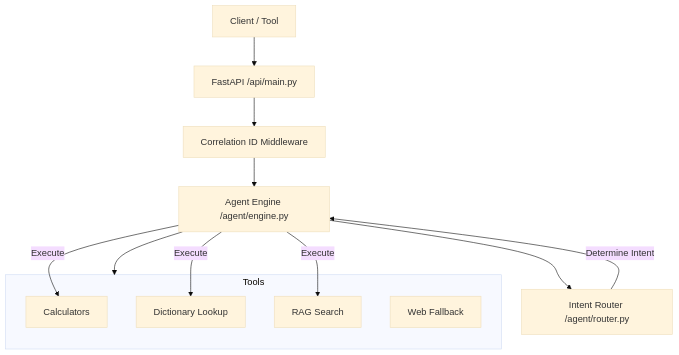
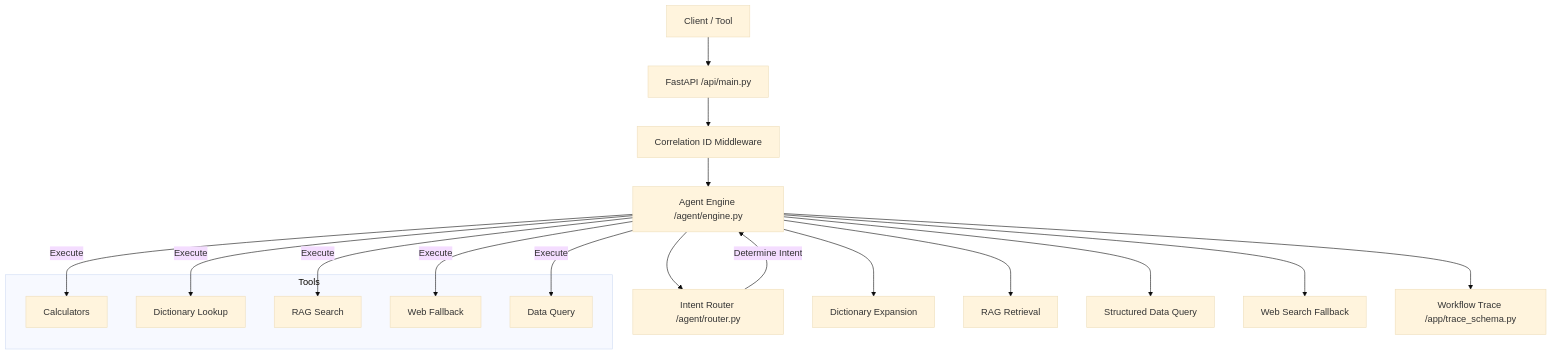
The diagram in scm-agent-ai-example/ARCHITECTURE.md (eurysohn/Portfolio-), drawn with Mermaid (base theme) before and after one commit. The commit also changed other lines of this file and 33 other files, not shown here.

First line of the commit message:
feat: implement real RAG workflow and eval tooling

````diff
--- a/scm-agent-ai-example/ARCHITECTURE.md
+++ b/scm-agent-ai-example/ARCHITECTURE.md
@@ -6,20 +6,27 @@
 ```mermaid
 graph TD
     Client[Client / Tool] --> API[FastAPI /api/main.py]
     API --> Middleware[Correlation ID Middleware]
     Middleware --> AgentEngine[Agent Engine /agent/engine.py]
     AgentEngine --> Router[Intent Router /agent/router.py]
-    AgentEngine --> Tools[Tools Directory /tools/]
+    AgentEngine --> Dictionary[Dictionary Expansion]
+    AgentEngine --> RAG[RAG Retrieval]
+    AgentEngine --> DataQuery[Structured Data Query]
+    AgentEngine --> WebFallback[Web Search Fallback]
+    AgentEngine --> Trace[Workflow Trace /app/trace_schema.py]
     
     subgraph Tools
         CALC[Calculators]
         DICT[Dictionary Lookup]
-        RAG[RAG Search]
+        RAGSEARCH[RAG Search]
         WEB[Web Fallback]
+        DATA[Data Query]
     end
     
     Router --> |Determine Intent| AgentEngine
     AgentEngine --> |Execute| CALC
     AgentEngine --> |Execute| DICT
-    AgentEngine --> |Execute| RAG
+    AgentEngine --> |Execute| RAGSEARCH
+    AgentEngine --> |Execute| DATA
+    AgentEngine --> |Execute| WEB
 ```
````
